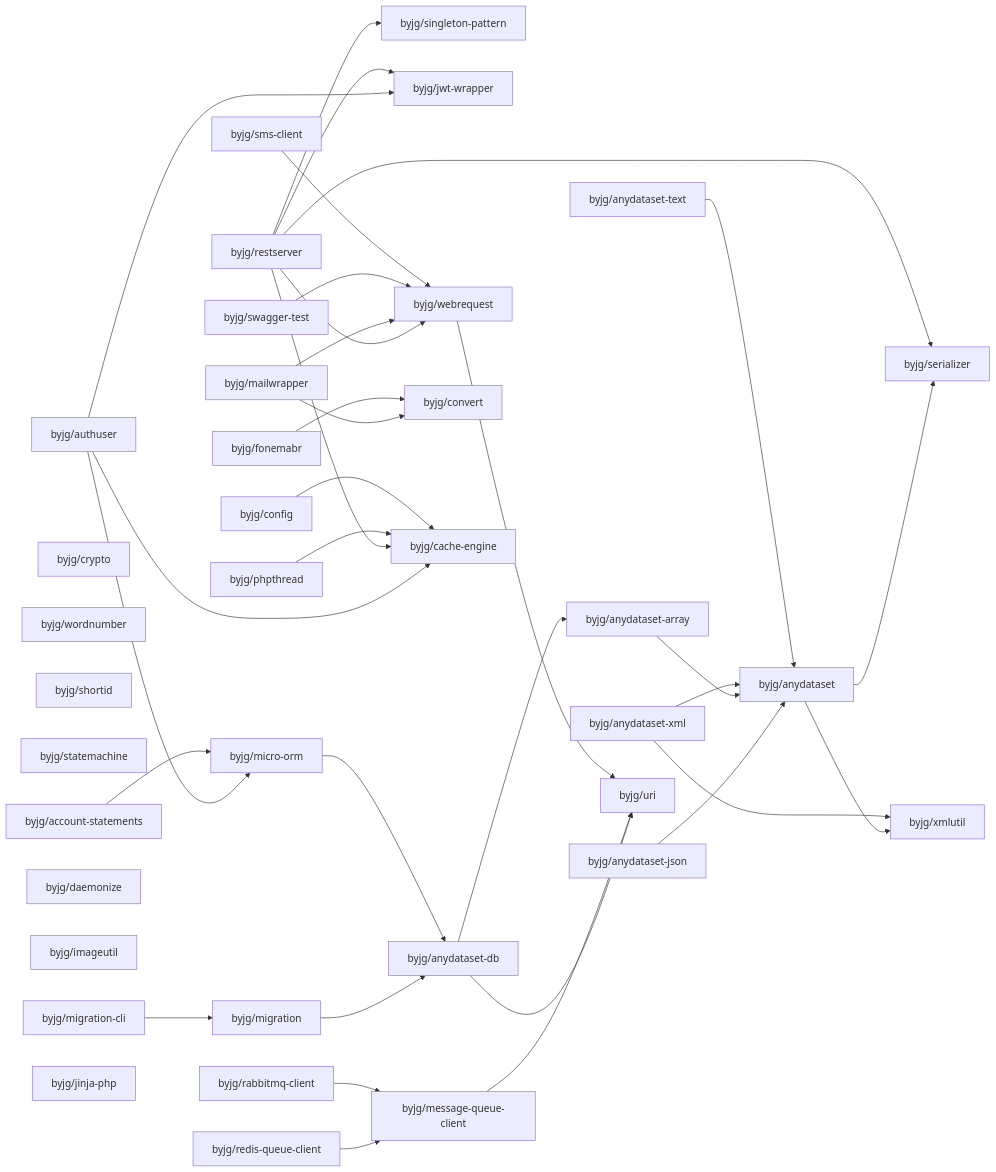
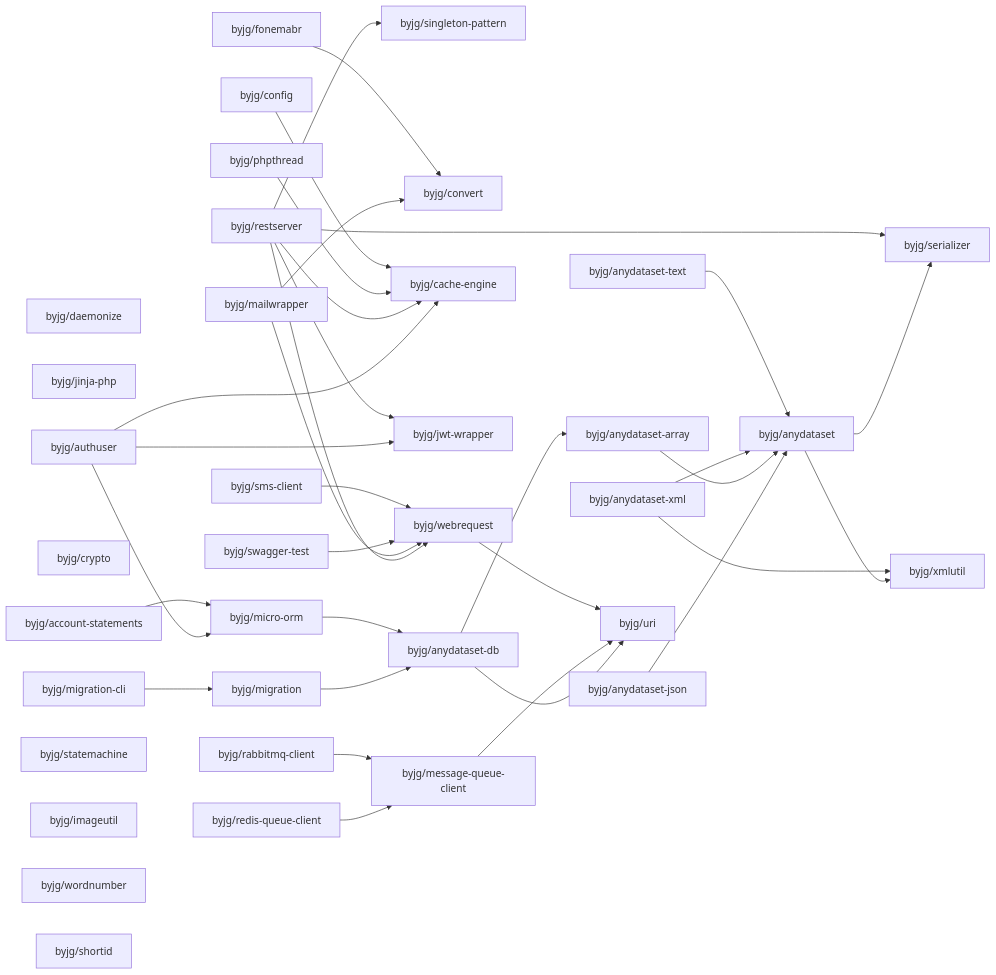
The diagram in php/README.md (byjg/byjg.github.io), drawn with Mermaid before and after one commit. The commit also changed other lines of this file and 1 other file, not shown here.

Commit message:
Update documentation 'php' 'php-jinja'

````diff
--- a/php/README.md
+++ b/php/README.md
@@ -3,71 +3,71 @@
 ```mermaid
 graph LR;
+  byjg/fonemabr;
   byjg/config;
-  byjg/authuser;
-  byjg/anydataset-json;
+  byjg/anydataset-xml;
+  byjg/anydataset-text;
   byjg/restserver;
+  byjg/daemonize;
+  byjg/phpthread;
+  byjg/mailwrapper;
+  byjg/jinja-php;
+  byjg/migration-cli;
+  byjg/rabbitmq-client;
   byjg/crypto;
   byjg/redis-queue-client;
+  byjg/authuser;
   byjg/swagger-test;
+  byjg/sms-client;
+  byjg/account-statements;
+  byjg/statemachine;
+  byjg/imageutil;
   byjg/wordnumber;
   byjg/shortid;
-  byjg/statemachine;
-  byjg/migration-cli;
-  byjg/daemonize;
-  byjg/rabbitmq-client;
-  byjg/mailwrapper;
-  byjg/anydataset-text;
-  byjg/imageutil;
-  byjg/account-statements;
-  byjg/sms-client;
-  byjg/fonemabr;
-  byjg/anydataset-xml;
-  byjg/phpthread;
-  byjg/jinja-php;
+  byjg/anydataset-json;
   byjg/singleton-pattern;
-  byjg/jwt-wrapper;
+  byjg/convert;
   byjg/migration;
   byjg/message-queue-client;
+  byjg/cache-engine;
+  byjg/jwt-wrapper;
+  byjg/webrequest;
   byjg/micro-orm;
-  byjg/webrequest;
-  byjg/convert;
-  byjg/cache-engine;
   byjg/anydataset-db;
   byjg/anydataset-array;
   byjg/uri;
   byjg/anydataset;
   byjg/serializer;
   byjg/xmlutil;
   byjg/sms-client --> byjg/webrequest;
   byjg/fonemabr --> byjg/convert;
   byjg/config --> byjg/cache-engine;
   byjg/anydataset-text --> byjg/anydataset;
   byjg/webrequest --> byjg/uri;
   byjg/account-statements --> byjg/micro-orm;
   byjg/rabbitmq-client --> byjg/message-queue-client;
   byjg/micro-orm --> byjg/anydataset-db;
   byjg/phpthread --> byjg/cache-engine;
   byjg/swagger-test --> byjg/webrequest;
   byjg/anydataset-xml --> byjg/anydataset;
   byjg/anydataset-xml --> byjg/xmlutil;
   byjg/anydataset-array --> byjg/anydataset;
   byjg/mailwrapper --> byjg/convert;
   byjg/mailwrapper --> byjg/webrequest;
   byjg/message-queue-client --> byjg/uri;
   byjg/anydataset-db --> byjg/anydataset-array;
   byjg/anydataset-db --> byjg/uri;
   byjg/anydataset-json --> byjg/anydataset;
   byjg/migration --> byjg/anydataset-db;
   byjg/redis-queue-client --> byjg/message-queue-client;
   byjg/restserver --> byjg/serializer;
   byjg/restserver --> byjg/singleton-pattern;
   byjg/restserver --> byjg/cache-engine;
   byjg/restserver --> byjg/webrequest;
   byjg/restserver --> byjg/jwt-wrapper;
   byjg/authuser --> byjg/micro-orm;
   byjg/authuser --> byjg/cache-engine;
   byjg/authuser --> byjg/jwt-wrapper;
   byjg/migration-cli --> byjg/migration;
   byjg/anydataset --> byjg/serializer;
   byjg/anydataset --> byjg/xmlutil;
 ```
````
